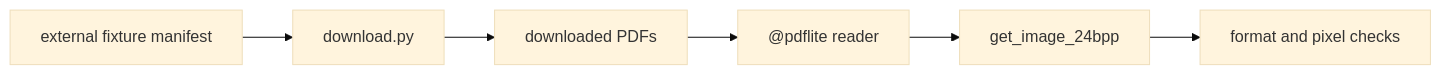
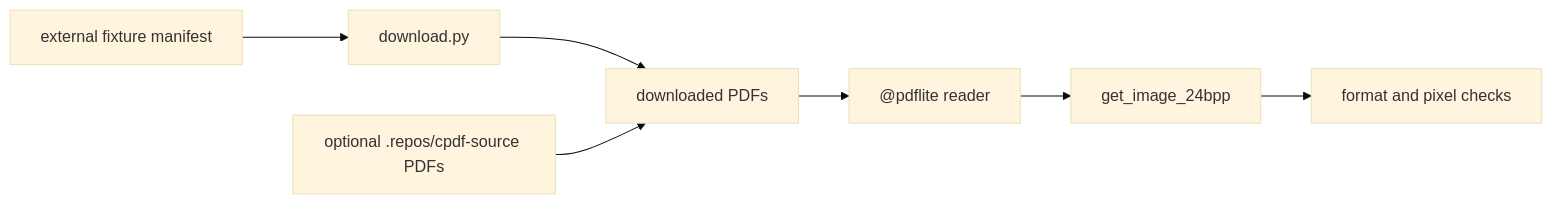
Before and after one commit to moonbitlang/office.mbt: the diagram in pdflite/image/fixture_acceptance/README.mbt.md, drawn with Mermaid (base theme). The commit also changed other lines of this file and 2 other files, not shown here.

Commit message:
Gate cpdf source PNG image fixture

````diff
--- a/pdflite/image/fixture_acceptance/README.mbt.md
+++ b/pdflite/image/fixture_acceptance/README.mbt.md
@@ -8,8 +9,9 @@
 ```mermaid
 flowchart LR
   Manifest[external fixture manifest] --> Download[download.py]
   Download --> PDFs[downloaded PDFs]
+  Source[optional .repos/cpdf-source PDFs] --> PDFs
   PDFs --> Reader["@pdflite reader"]
   Reader --> Images[get_image_24bpp]
   Images --> Checks[format and pixel checks]
 ```
````
